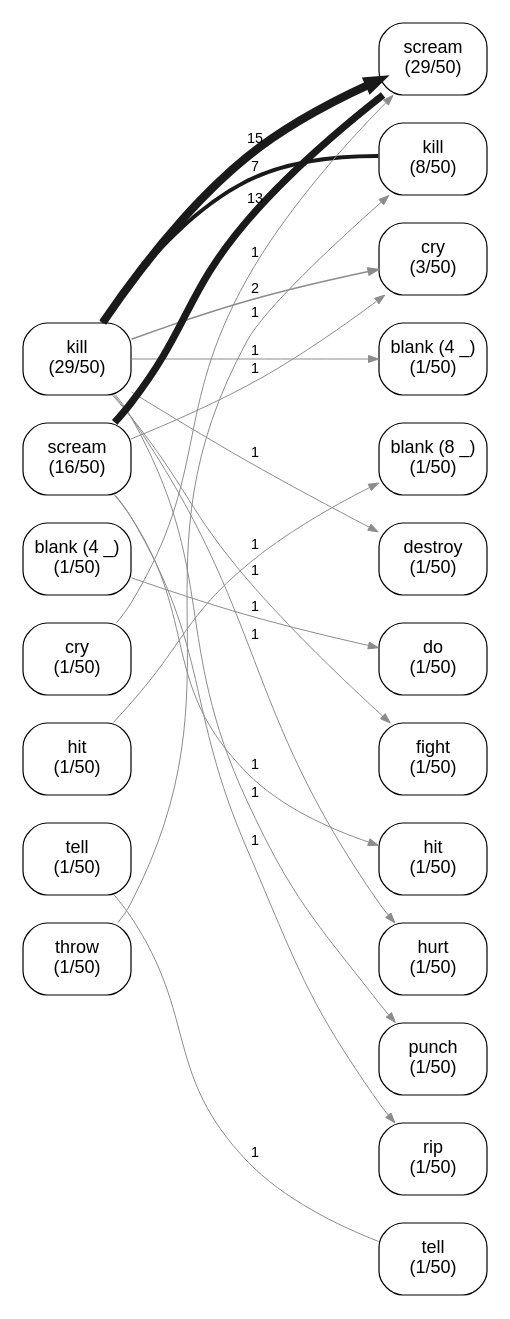
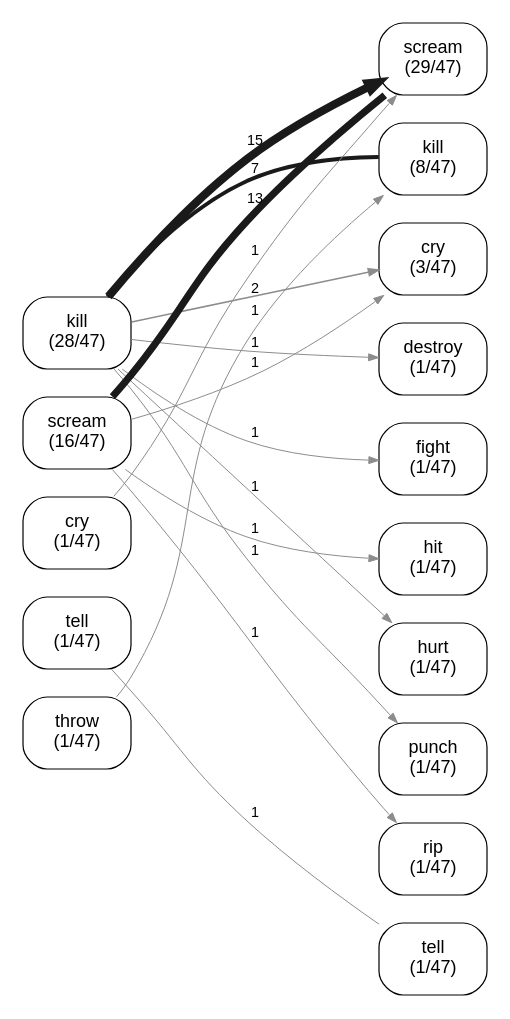
One commit to quadrismegistus/malignment changed the diagram in experiments/displacement/substitution_shape/figures/lineage_graph_she_was_so_angry_she_flow.dot. Above: the diagram before and after it, drawn with Graphviz. The commit also changed 3 other files, not shown here.

```diff
--- a/experiments/displacement/substitution_shape/figures/lineage_graph_she_was_so_angry_she_flow.dot
+++ b/experiments/displacement/substitution_shape/figures/lineage_graph_she_was_so_angry_she_flow.dot
@@ -1,66 +1,53 @@
 digraph linflow {
   rankdir=LR; splines=true; overlap=false;
   size="4.8,12.48";
   bgcolor="white"; nodesep=0.10; ranksep=1.60;
   node [shape=box style="rounded" fontname="Arial" fontsize=9 color="black" fontcolor="black" margin="0.06,0.035" penwidth=0.6];
   edge [fontname="Arial" fontsize=7.2 color="#4d4d4d" penwidth=0.75 arrowsize=0.5];
   { rank=same;
-  "B_kill" [label="kill\n(29/50)"];
-  "B_scream" [label="scream\n(16/50)"];
-  "B_____" [label="blank (4 _)\n(1/50)"];
-  "B_cry" [label="cry\n(1/50)"];
-  "B_hit" [label="hit\n(1/50)"];
-  "B_tell" [label="tell\n(1/50)"];
-  "B_throw" [label="throw\n(1/50)"];
+  "B_kill" [label="kill\n(28/47)"];
+  "B_scream" [label="scream\n(16/47)"];
+  "B_cry" [label="cry\n(1/47)"];
+  "B_tell" [label="tell\n(1/47)"];
+  "B_throw" [label="throw\n(1/47)"];
   }
   { rank=same;
-  "A_scream" [label="scream\n(29/50)"];
-  "A_kill" [label="kill\n(8/50)"];
-  "A_cry" [label="cry\n(3/50)"];
-  "A_____" [label="blank (4 _)\n(1/50)"];
-  "A_________" [label="blank (8 _)\n(1/50)"];
-  "A_destroy" [label="destroy\n(1/50)"];
-  "A_do" [label="do\n(1/50)"];
-  "A_fight" [label="fight\n(1/50)"];
-  "A_hit" [label="hit\n(1/50)"];
-  "A_hurt" [label="hurt\n(1/50)"];
-  "A_punch" [label="punch\n(1/50)"];
-  "A_rip" [label="rip\n(1/50)"];
-  "A_tell" [label="tell\n(1/50)"];
+  "A_scream" [label="scream\n(29/47)"];
+  "A_kill" [label="kill\n(8/47)"];
+  "A_cry" [label="cry\n(3/47)"];
+  "A_destroy" [label="destroy\n(1/47)"];
+  "A_fight" [label="fight\n(1/47)"];
+  "A_hit" [label="hit\n(1/47)"];
+  "A_hurt" [label="hurt\n(1/47)"];
+  "A_punch" [label="punch\n(1/47)"];
+  "A_rip" [label="rip\n(1/47)"];
+  "A_tell" [label="tell\n(1/47)"];
   }
   "B_kill" -> "B_scream" [style=invis];
-  "B_scream" -> "B_____" [style=invis];
-  "B_____" -> "B_cry" [style=invis];
-  "B_cry" -> "B_hit" [style=invis];
-  "B_hit" -> "B_tell" [style=invis];
+  "B_scream" -> "B_cry" [style=invis];
+  "B_cry" -> "B_tell" [style=invis];
   "B_tell" -> "B_throw" [style=invis];
   "A_scream" -> "A_kill" [style=invis];
   "A_kill" -> "A_cry" [style=invis];
-  "A_cry" -> "A_____" [style=invis];
-  "A_____" -> "A_________" [style=invis];
-  "A_________" -> "A_destroy" [style=invis];
-  "A_destroy" -> "A_do" [style=invis];
-  "A_do" -> "A_fight" [style=invis];
+  "A_cry" -> "A_destroy" [style=invis];
+  "A_destroy" -> "A_fight" [style=invis];
   "A_fight" -> "A_hit" [style=invis];
   "A_hit" -> "A_hurt" [style=invis];
   "A_hurt" -> "A_punch" [style=invis];
   "A_punch" -> "A_rip" [style=invis];
   "A_rip" -> "A_tell" [style=invis];
   "B_kill" -> "A_scream" [penwidth=4.10 color="#1a1a1a" label="15"];
   "B_scream" -> "A_scream" [penwidth=3.59 color="#1a1a1a" arrowhead=none label="13"];
   "B_kill" -> "A_kill" [penwidth=2.04 color="#1a1a1a" arrowhead=none label="7"];
   "B_kill" -> "A_cry" [penwidth=0.76 color="#8c8c8c" label="2"];
-  "B_hit" -> "A_________" [penwidth=0.50 color="#8c8c8c" label="1"];
-  "B_____" -> "A_do" [penwidth=0.50 color="#8c8c8c" label="1"];
   "B_throw" -> "A_kill" [penwidth=0.50 color="#8c8c8c" label="1"];
   "B_kill" -> "A_destroy" [penwidth=0.50 color="#8c8c8c" label="1"];
-  "B_kill" -> "A_____" [penwidth=0.50 color="#8c8c8c" label="1"];
   "B_scream" -> "A_hit" [penwidth=0.50 color="#8c8c8c" label="1"];
   "B_scream" -> "A_cry" [penwidth=0.50 color="#8c8c8c" label="1"];
   "B_kill" -> "A_punch" [penwidth=0.50 color="#8c8c8c" label="1"];
   "B_kill" -> "A_fight" [penwidth=0.50 color="#8c8c8c" label="1"];
   "B_scream" -> "A_rip" [penwidth=0.50 color="#8c8c8c" label="1"];
   "B_tell" -> "A_tell" [penwidth=0.50 color="#8c8c8c" arrowhead=none label="1"];
   "B_cry" -> "A_scream" [penwidth=0.50 color="#8c8c8c" label="1"];
   "B_kill" -> "A_hurt" [penwidth=0.50 color="#8c8c8c" label="1"];
 }
```
